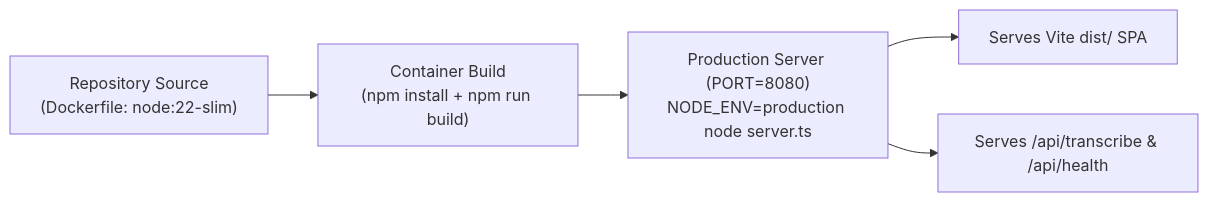
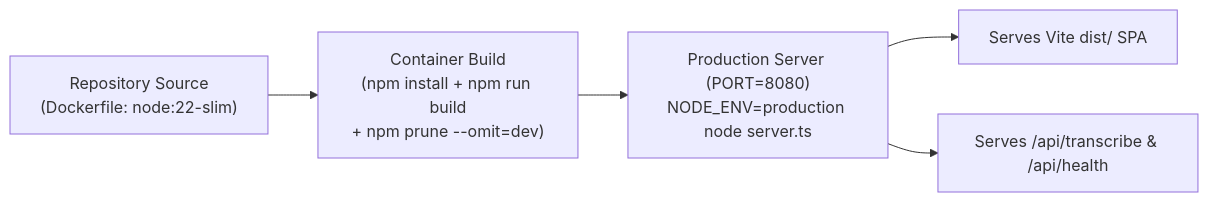
One commit to ArnavPoswal15/Folio changed the second of 2 diagrams in README.md. Above: the diagram before and after it, drawn with Mermaid. The commit also changed other lines of this file and 17 other files, not shown here.

````diff
--- a/README.md
+++ b/README.md
@@ -86,7 +87,7 @@
 ```mermaid
 flowchart LR
-  Source["Repository Source\n(Dockerfile: node:22-slim)"] --> Build["Container Build\n(npm install + npm run build)"]
+  Source["Repository Source\n(Dockerfile: node:22-slim)"] --> Build["Container Build\n(npm install + npm run build\n+ npm prune --omit=dev)"]
   Build --> Server["Production Server (PORT=8080)\nNODE_ENV=production node server.ts"]
   Server --> Static["Serves Vite dist/ SPA"]
   Server --> API["Serves /api/transcribe & /api/health"]
 ```
````
